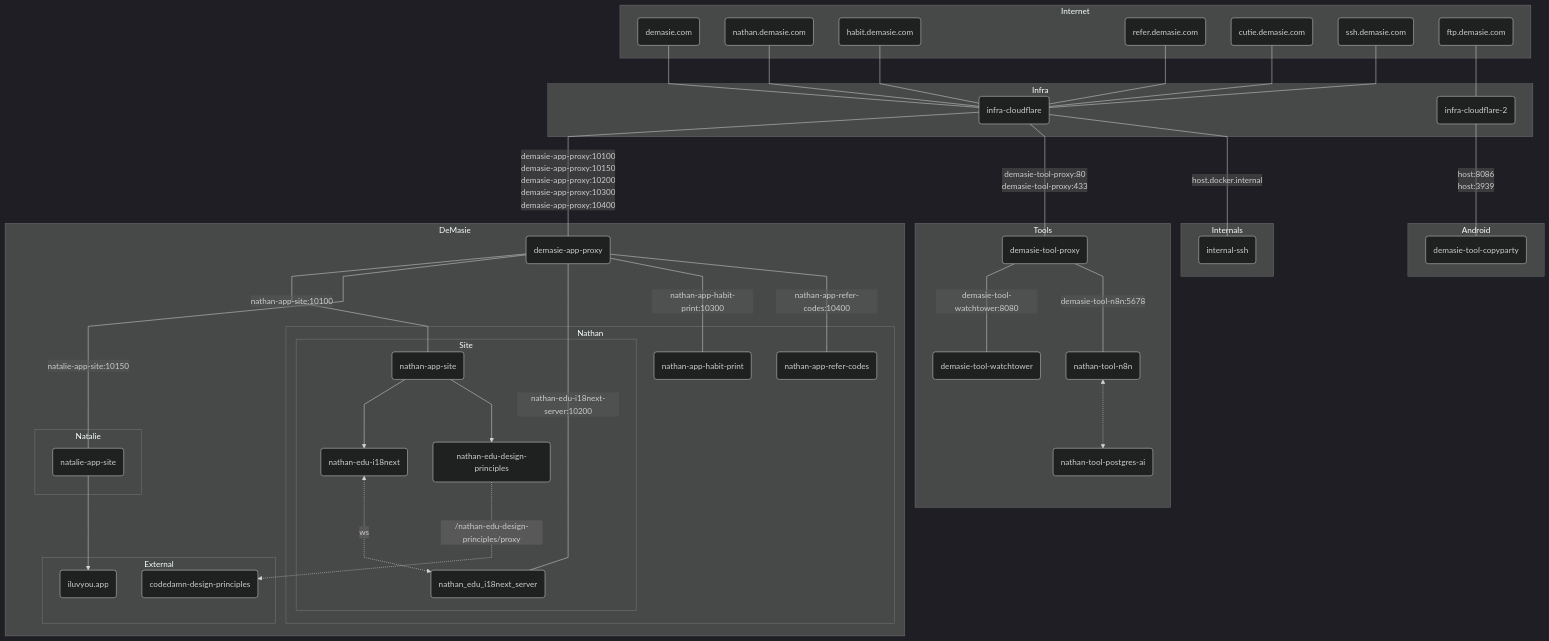
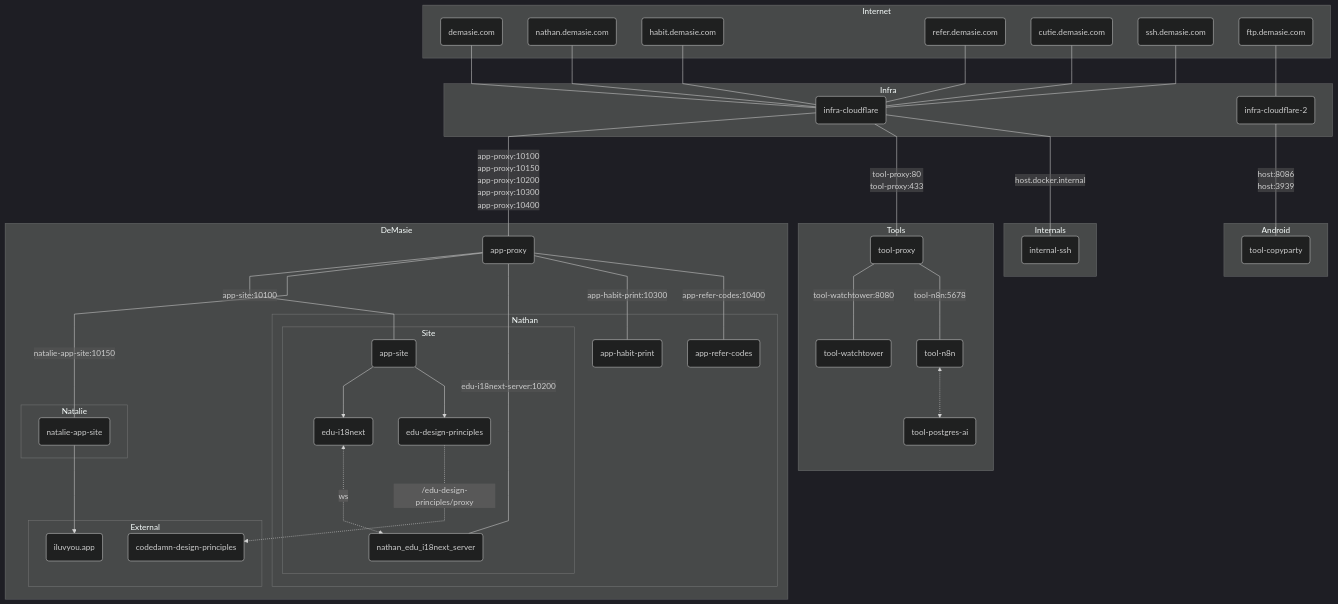
One commit to ndemasie/demasie.com changed the diagram in README.md. Above: the diagram before and after it, drawn with Mermaid. The commit also changed other lines of this file and 311 other files, not shown here.

```diff
--- a/README.md
+++ b/README.md
@@ -39,7 +39,7 @@
   end
 
   subgraph Android
-    demasie_tool_copyparty(demasie-tool-copyparty)
+    demasie_tool_copyparty(tool-copyparty)
   end
 
   subgraph Internals
@@ -47,31 +47,31 @@
   end
 
   subgraph Tools
-    demasie_tool_proxy(demasie-tool-proxy)
-    demasie_tool_watchtower(demasie-tool-watchtower)
+    demasie_tool_proxy(tool-proxy)
+    demasie_tool_watchtower(tool-watchtower)
 
-    nathan_tool_n8n(nathan-tool-n8n)
-    nathan_tool_postgres_ai(nathan-tool-postgres-ai)
+    nathan_tool_n8n(tool-n8n)
+    nathan_tool_postgres_ai(tool-postgres-ai)
   end
 
   subgraph DeMasie
-    demasie_app_proxy(demasie-app-proxy)
-    demasie_tool_proxy(demasie-tool-proxy)
+    demasie_app_proxy(app-proxy)
+    demasie_tool_proxy(tool-proxy)
 
     subgraph Natalie
       natalie_app_site(natalie-app-site)
     end
 
     subgraph Nathan
-      nathan_edu_i18next(nathan-edu-i18next-server)
-      nathan_app_habit_print(nathan-app-habit-print)
-      nathan_app_refer_codes(nathan-app-refer-codes)
+      nathan_edu_i18next(edu-i18next-server)
+      nathan_app_habit_print(app-habit-print)
+      nathan_app_refer_codes(app-refer-codes)
 
 
       subgraph Site
-        nathan_app_site(nathan-app-site)
-        nathan_edu_i18next(nathan-edu-i18next)
-        nathan_edu_design_principles(nathan-edu-design-principles)
+        nathan_app_site(app-site)
+        nathan_edu_i18next(edu-i18next)
+        nathan_edu_design_principles(edu-design-principles)
         nathan_edu_i18next_server(nathan_edu_i18next_server)
       end
     end
@@ -91,19 +91,19 @@
   domain_ssh --- infra_cloudflare
   domain_ftp --- infra_cloudflare_2
 
-  infra_cloudflare ---|<div>demasie-app-proxy:10100</br>demasie-app-proxy:10150</br>demasie-app-proxy:10200</br>demasie-app-proxy:10300</br>demasie-app-proxy:10400</br></div>| demasie_app_proxy
-  infra_cloudflare ---|<div>demasie-tool-proxy:80</br>demasie-tool-proxy:433</div>| demasie_tool_proxy
+  infra_cloudflare ---|<div>app-proxy:10100</br>app-proxy:10150</br>app-proxy:10200</br>app-proxy:10300</br>app-proxy:10400</br></div>| demasie_app_proxy
+  infra_cloudflare ---|<div>tool-proxy:80</br>tool-proxy:433</div>| demasie_tool_proxy
   infra_cloudflare ---|<div>host.docker.internal</div>| internal_ssh
   infra_cloudflare_2 ---|<div>host:8086</br>host:3939</div>| demasie_tool_copyparty
 
-  demasie_app_proxy ---|<div>nathan-app-site:10100</div>| nathan_app_site
+  demasie_app_proxy ---|<div>app-site:10100</div>| nathan_app_site
   demasie_app_proxy ---|<div>natalie-app-site:10150</div>| natalie_app_site
-  demasie_app_proxy ---|<div>nathan-edu-i18next-server:10200</div>| nathan_edu_i18next_server
-  demasie_app_proxy ---|<div>nathan-app-habit-print:10300</div>| nathan_app_habit_print
-  demasie_app_proxy ---|<div>nathan-app-refer-codes:10400</div>| nathan_app_refer_codes
+  demasie_app_proxy ---|<div>edu-i18next-server:10200</div>| nathan_edu_i18next_server
+  demasie_app_proxy ---|<div>app-habit-print:10300</div>| nathan_app_habit_print
+  demasie_app_proxy ---|<div>app-refer-codes:10400</div>| nathan_app_refer_codes
 
-  demasie_tool_proxy ---|<div>demasie-tool-watchtower:8080</div>| demasie_tool_watchtower
-  demasie_tool_proxy ---|<div>demasie-tool-n8n:5678</div>| nathan_tool_n8n
+  demasie_tool_proxy ---|<div>tool-watchtower:8080</div>| demasie_tool_watchtower
+  demasie_tool_proxy ---|<div>tool-n8n:5678</div>| nathan_tool_n8n
 
   nathan_tool_n8n <-.-> nathan_tool_postgres_ai
 
@@ -111,7 +111,7 @@
 
   nathan_app_site --> nathan_edu_i18next
   nathan_app_site --> nathan_edu_design_principles
-  nathan_edu_design_principles -.-> |/nathan-edu-design-principles/proxy| codedamn_design_principles
+  nathan_edu_design_principles -.-> |/edu-design-principles/proxy| codedamn_design_principles
   nathan_edu_i18next <-.->|ws| nathan_edu_i18next_server
 
   click domain "https://www.demasie.com" _blank
@@ -120,13 +120,13 @@
   click domain_nathan "https://nathan.demasie.com" _blank
   click domain_refer "https://refer.demasie.com" _blank
 
-  click demasie_app_proxy "https://github.com/ndemasie/ndemasie.github.io/tree/main/packages/demasie-app-proxy" _blank
-  click nathan_app_habit_print "https://github.com/ndemasie/ndemasie.github.io/tree/main/packages/nathan-app-habit-print" _blank
-  click nathan_app_refer_codes "https://github.com/ndemasie/ndemasie.github.io/tree/main/packages/nathan-app-refer-codes" _blank
-  click nathan_app_site "https://github.com/ndemasie/ndemasie.github.io/tree/main/packages/nathan-app-site" _blank
-  click nathan_edu_design_principles "https://github.com/ndemasie/ndemasie.github.io/tree/main/packages/nathan-edu-design-principles" _blank
-  click nathan_edu_i18next "https://github.com/ndemasie/ndemasie.github.io/tree/main/packages/nathan-edu-i18next" _blank
-  click nathan_edu_i18next_server "https://github.com/ndemasie/ndemasie.github.io/tree/main/packages/nathan-edu-i18next-server" _blank
+  click demasie_app_proxy "https://github.com/ndemasie/ndemasie.github.io/tree/main/packages/app-proxy" _blank
+  click nathan_app_habit_print "https://github.com/ndemasie/ndemasie.github.io/tree/main/packages/app-habit-print" _blank
+  click nathan_app_refer_codes "https://github.com/ndemasie/ndemasie.github.io/tree/main/packages/app-refer-codes" _blank
+  click nathan_app_site "https://github.com/ndemasie/ndemasie.github.io/tree/main/packages/app-site" _blank
+  click nathan_edu_design_principles "https://github.com/ndemasie/ndemasie.github.io/tree/main/packages/edu-design-principles" _blank
+  click nathan_edu_i18next "https://github.com/ndemasie/ndemasie.github.io/tree/main/packages/edu-i18next" _blank
+  click nathan_edu_i18next_server "https://github.com/ndemasie/ndemasie.github.io/tree/main/packages/edu-i18next-server" _blank
 
   click codedamn_design_principles "https://codedamn.com/playground/qjHW2vXxppVc48uXH5UWv" _blank
   click iluvyou_app "https://iluvyou.app/valentine?d=eyJuYW1lIjoiQ3V0aWUiLCJkYXlzIjoyNzQ1fQ%3D%3D" _blank
```
